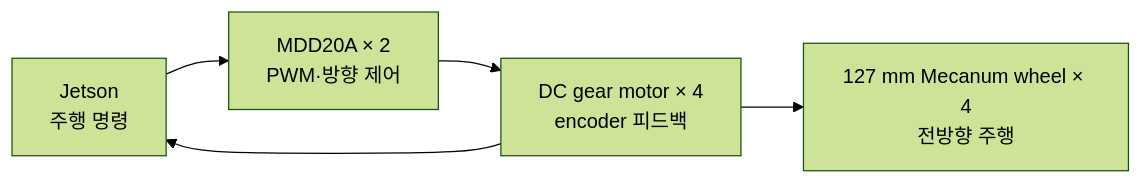
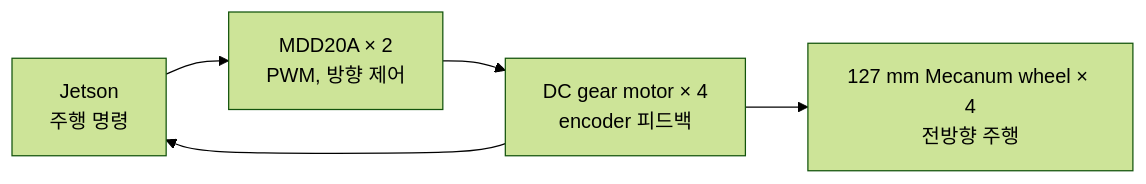
Before and after one commit to asm17-moving-agent/cleany-docs: the first of 3 diagrams in 20_TECHNICAL/12 - Hardware Configuration.md, drawn with Mermaid (forest theme). The commit also changed other lines of this file and 53 other files, not shown here.

````diff
--- a/20_TECHNICAL/12 - Hardware Configuration.md
+++ b/20_TECHNICAL/12 - Hardware Configuration.md
@@ -77,7 +67,7 @@
 ```mermaid
 flowchart LR
-    J["Jetson<br/>주행 명령"] --> D["MDD20A × 2<br/>PWM·방향 제어"]
+    J["Jetson<br/>주행 명령"] --> D["MDD20A × 2<br/>PWM, 방향 제어"]
     D --> M["DC gear motor × 4<br/>encoder 피드백"]
     M --> W["127 mm Mecanum wheel × 4<br/>전방향 주행"]
     M --> J
 ```
````
